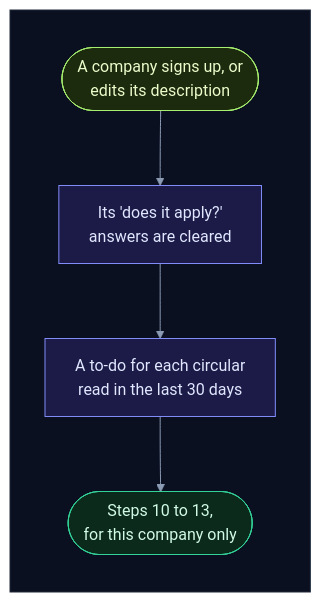
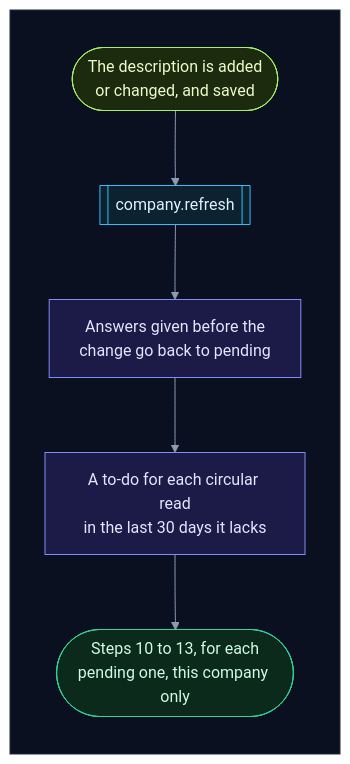
One commit to selvakumarperumal/Regulatory_Circular_Impact_Agent changed diagram 20 of 44 in backend/worker/INTERNALS.md. Above: the diagram before and after it, drawn with Mermaid. The commit also changed other lines of this file and 4 other files, not shown here.

First line of the commit message:
Document that only a description or policy change queues work

````diff
--- a/backend/worker/INTERNALS.md
+++ b/backend/worker/INTERNALS.md
@@ -1137,24 +1140,26 @@
 ```mermaid
 %%{init: {"theme": "base", "flowchart": {"diagramPadding": 0}, "themeVariables": {"darkMode": true, "primaryColor": "#16213a", "primaryTextColor": "#e6edf7", "primaryBorderColor": "#475a7a", "lineColor": "#8b9bb4", "secondaryColor": "#1b2436", "tertiaryColor": "#101a2e", "edgeLabelBackground": "#0f172a", "textColor": "#e2e8f0", "clusterBkg": "#0f1728", "clusterBorder": "#2b3a55", "titleColor": "#c4b5fd", "nodeTextColor": "#e6edf7"}}}%%
 flowchart TD
     subgraph canvas[" "]
         direction TB
-        a(["A company signs up, or<br/>edits its description"]) --> c["Its 'does it apply?'<br/>answers are cleared"]
-        c --> t["A to-do for each circular<br/>read in the last 30 days"]
-        t --> s(["Steps 10 to 13,<br/>for this company only"])
+        a(["The description is added<br/>or changed, and saved"]) --> q[["company.refresh"]]
+        q --> r["Answers given before the<br/>change go back to pending"]
+        r --> t["A to-do for each circular read<br/>in the last 30 days it lacks"]
+        t --> s(["Steps 10 to 13, for each<br/>pending one, this company only"])
     end
     classDef svc fill:#0e2a2c,stroke:#2dd4bf,color:#ccfbf1
     classDef data fill:#1c1a47,stroke:#818cf8,color:#e0e7ff
     classDef ext fill:#2a1640,stroke:#c084fc,color:#f3e8ff
     classDef gpu fill:#2d1b0c,stroke:#fb923c,color:#ffedd5
     classDef ask fill:#2a2410,stroke:#fbbf24,color:#fef3c7
     classDef ok fill:#0b2a1c,stroke:#34d399,color:#d1fae5
     classDef bad fill:#2e0f17,stroke:#fb7185,color:#ffe4e6
     classDef start fill:#1c2a0e,stroke:#a7ef6f,color:#ecfccb
     classDef muted fill:#1a2130,stroke:#64748b,color:#cbd5e1
     classDef queue fill:#0c2231,stroke:#38bdf8,color:#e0f2fe
     class a start
-    class c,t data
+    class q queue
+    class r,t data
     class s ok
     style canvas fill:#0b1020,stroke:#1e293b,color:#0b1020
 ```
````
